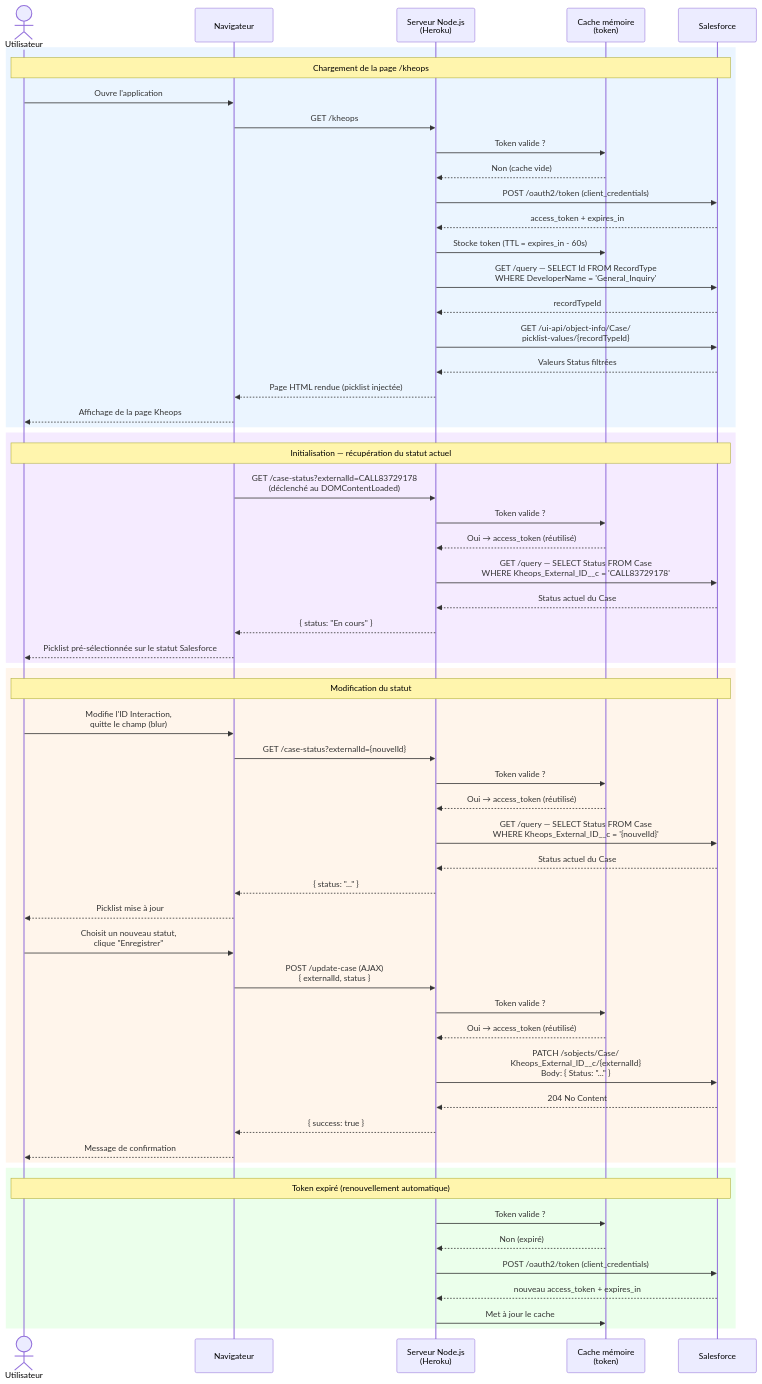
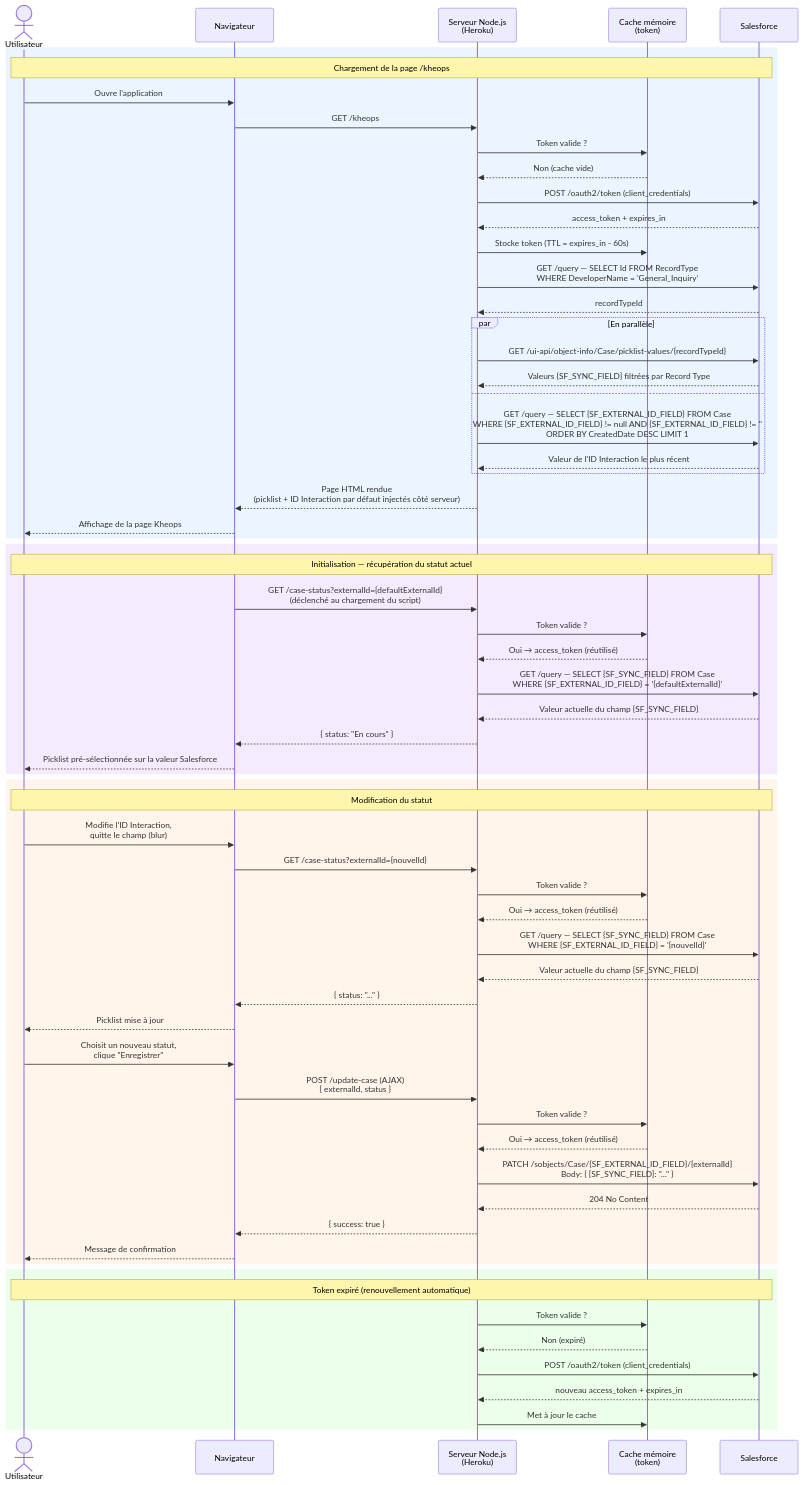
Before and after one commit to cverhaest/Heroku_ExternalApp: the diagram in docs/sequence-diagram.md, drawn with Mermaid.

```diff
--- a/docs/sequence-diagram.md
+++ b/docs/sequence-diagram.md
@@ -23,26 +23,31 @@
         Server->>SF: GET /query — SELECT Id FROM RecordType<br/>WHERE DeveloperName = 'General_Inquiry'
         SF-->>Server: recordTypeId
 
-        Server->>SF: GET /ui-api/object-info/Case/<br/>picklist-values/{recordTypeId}
-        SF-->>Server: Valeurs Status filtrées
+        par En parallèle
+            Server->>SF: GET /ui-api/object-info/Case/picklist-values/{recordTypeId}
+            SF-->>Server: Valeurs {SF_SYNC_FIELD} filtrées par Record Type
+        and
+            Server->>SF: GET /query — SELECT {SF_EXTERNAL_ID_FIELD} FROM Case<br/>WHERE {SF_EXTERNAL_ID_FIELD} != null AND {SF_EXTERNAL_ID_FIELD} != ''<br/>ORDER BY CreatedDate DESC LIMIT 1
+            SF-->>Server: Valeur de l'ID Interaction le plus récent
+        end
 
-        Server-->>Browser: Page HTML rendue (picklist injectée)
+        Server-->>Browser: Page HTML rendue<br/>(picklist + ID Interaction par défaut injectés côté serveur)
         Browser-->>User: Affichage de la page Kheops
     end
 
     rect rgb(245, 235, 255)
         Note over User,SF: Initialisation — récupération du statut actuel
 
-        Browser->>Server: GET /case-status?externalId=CALL83729178<br/>(déclenché au DOMContentLoaded)
+        Browser->>Server: GET /case-status?externalId={defaultExternalId}<br/>(déclenché au chargement du script)
 
         Server->>Cache: Token valide ?
         Cache-->>Server: Oui → access_token (réutilisé)
 
-        Server->>SF: GET /query — SELECT Status FROM Case<br/>WHERE Kheops_External_ID__c = 'CALL83729178'
-        SF-->>Server: Status actuel du Case
+        Server->>SF: GET /query — SELECT {SF_SYNC_FIELD} FROM Case<br/>WHERE {SF_EXTERNAL_ID_FIELD} = '{defaultExternalId}'
+        SF-->>Server: Valeur actuelle du champ {SF_SYNC_FIELD}
 
         Server-->>Browser: { status: "En cours" }
-        Browser-->>User: Picklist pré-sélectionnée sur le statut Salesforce
+        Browser-->>User: Picklist pré-sélectionnée sur la valeur Salesforce
     end
 
     rect rgb(255, 245, 235)
@@ -54,8 +59,8 @@
         Server->>Cache: Token valide ?
         Cache-->>Server: Oui → access_token (réutilisé)
 
-        Server->>SF: GET /query — SELECT Status FROM Case<br/>WHERE Kheops_External_ID__c = '{nouvelId}'
-        SF-->>Server: Status actuel du Case
+        Server->>SF: GET /query — SELECT {SF_SYNC_FIELD} FROM Case<br/>WHERE {SF_EXTERNAL_ID_FIELD} = '{nouvelId}'
+        SF-->>Server: Valeur actuelle du champ {SF_SYNC_FIELD}
 
         Server-->>Browser: { status: "..." }
         Browser-->>User: Picklist mise à jour
@@ -66,7 +71,7 @@
         Server->>Cache: Token valide ?
         Cache-->>Server: Oui → access_token (réutilisé)
 
-        Server->>SF: PATCH /sobjects/Case/<br/>Kheops_External_ID__c/{externalId}<br/>Body: { Status: "..." }
+        Server->>SF: PATCH /sobjects/Case/{SF_EXTERNAL_ID_FIELD}/{externalId}<br/>Body: { [SF_SYNC_FIELD]: "..." }
         SF-->>Server: 204 No Content
 
         Server-->>Browser: { success: true }
```
